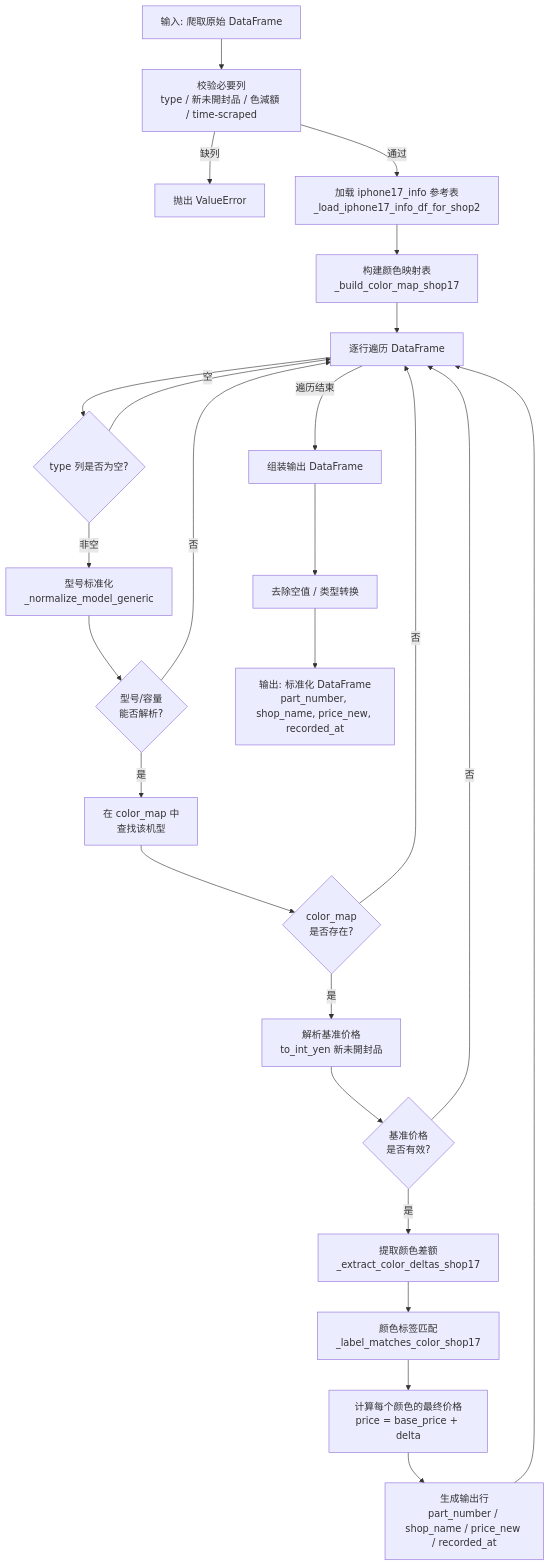
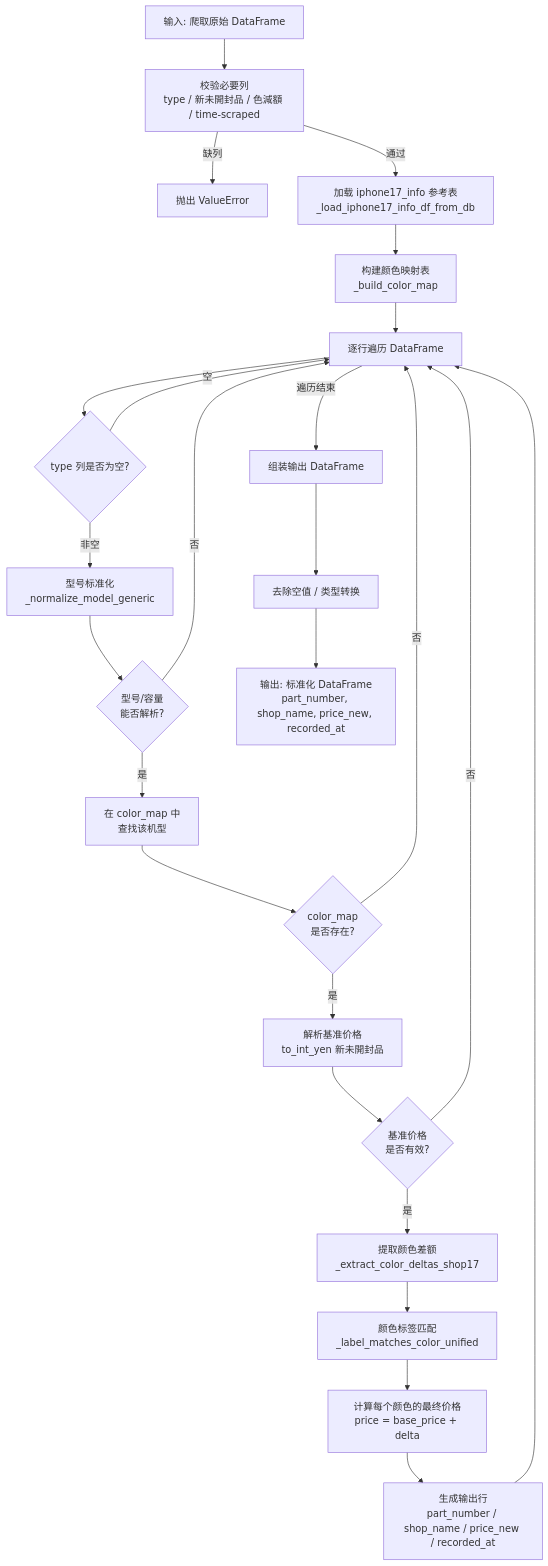
One commit to zhujiansamuel/YamagotiProjects changed the first of 10 diagrams in doc_shop/shop17_cleaner.md. Above: the diagram before and after it, drawn with Mermaid. The commit also changed other lines of this file and 44 other files, not shown here.

````diff
--- a/doc_shop/shop17_cleaner.md
+++ b/doc_shop/shop17_cleaner.md
@@ -12,33 +12,33 @@
 ```mermaid
 flowchart TD
     A[输入: 爬取原始 DataFrame] --> B[校验必要列\ntype / 新未開封品 / 色減額 / time-scraped]
     B -->|缺列| B1[抛出 ValueError]
-    B -->|通过| C[加载 iphone17_info 参考表\n_load_iphone17_info_df_for_shop2]
-    C --> D[构建颜色映射表\n_build_color_map_shop17]
+    B -->|通过| C[加载 iphone17_info 参考表\n_load_iphone17_info_df_from_db]
+    C --> D[构建颜色映射表\n_build_color_map]
     D --> E[逐行遍历 DataFrame]
 
     E --> F{type 列是否为空?}
     F -->|空| E
     F -->|非空| G[型号标准化\n_normalize_model_generic]
 
     G --> H{型号/容量\n能否解析?}
     H -->|否| E
     H -->|是| I[在 color_map 中\n查找该机型]
 
     I --> J{color_map\n是否存在?}
     J -->|否| E
     J -->|是| K[解析基准价格\nto_int_yen 新未開封品]
 
     K --> L{基准价格\n是否有效?}
     L -->|否| E
     L -->|是| M[提取颜色差额\n_extract_color_deltas_shop17]
 
-    M --> N[颜色标签匹配\n_label_matches_color_shop17]
+    M --> N[颜色标签匹配\n_label_matches_color_unified]
     N --> O[计算每个颜色的最终价格\nprice = base_price + delta]
     O --> P[生成输出行\npart_number / shop_name / price_new / recorded_at]
     P --> E
 
     E -->|遍历结束| Q[组装输出 DataFrame]
     Q --> R[去除空值 / 类型转换]
     R --> S[输出: 标准化 DataFrame\npart_number, shop_name, price_new, recorded_at]
 ```
````
